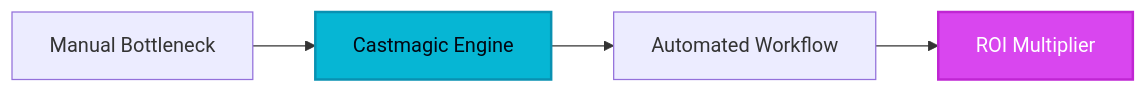
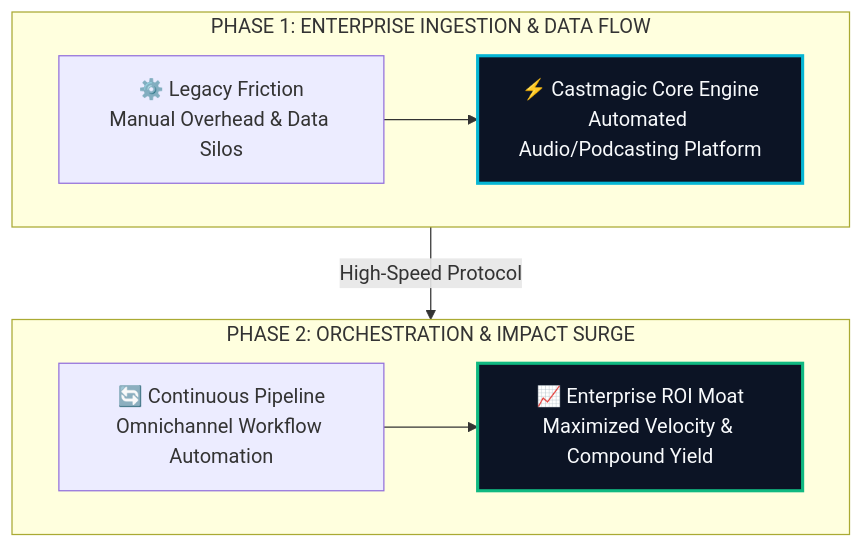
The diagram in site/src/content/blog/castmagic-evolution-guide-2026.md (heliatech-media/saas-radar), drawn with Mermaid before and after one commit. The commit also changed 97 other files, not shown here.

First line of the commit message:
feat(diagrams): upgrade all article architecture schemas to high-impact 2-tier responsive vector blueprints

````diff
--- a/site/src/content/blog/castmagic-evolution-guide-2026.md
+++ b/site/src/content/blog/castmagic-evolution-guide-2026.md
@@ -54,8 +54,14 @@
 ```mermaid
-flowchart LR
-    A[Manual Bottleneck] --> B[Castmagic Engine]
-    B --> C[Automated Workflow]
-    C --> D[ROI Multiplier]
-    style B fill:#06b6d4,stroke:#0891b2,stroke-width:2px,color:#030712
-    style D fill:#d946ef,stroke:#c026d3,stroke-width:2px,color:#ffffff
+flowchart TD
+    subgraph S1["PHASE 1: ENTERPRISE INGESTION & DATA FLOW"]
+        direction LR
+        A["⚙️ Legacy Friction<br/>Manual Overhead & Data Silos"] --> B["⚡ Castmagic Core Engine<br/>Automated Audio/Podcasting Platform"]
+    end
+    subgraph S2["PHASE 2: ORCHESTRATION & IMPACT SURGE"]
+        direction LR
+        C["🔄 Continuous Pipeline<br/>Omnichannel Workflow Automation"] --> D["📈 Enterprise ROI Moat<br/>Maximized Velocity & Compound Yield"]
+    end
+    S1 -->|High-Speed Protocol| S2
+    style B fill:#0c1425,stroke:#06b6d4,stroke-width:2.5px,color:#f8fafc
+    style D fill:#0c1425,stroke:#10b981,stroke-width:2.5px,color:#f8fafc
 ```
````
